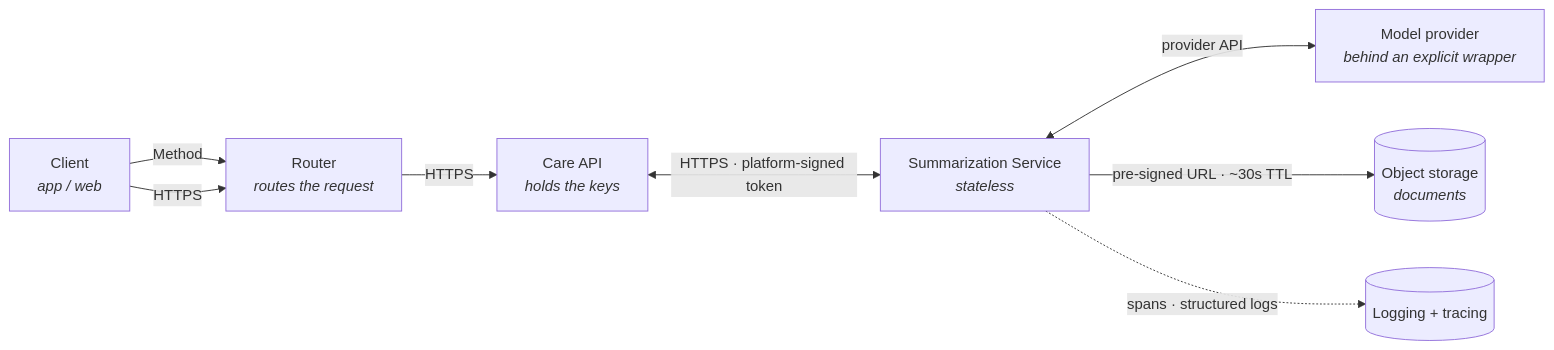
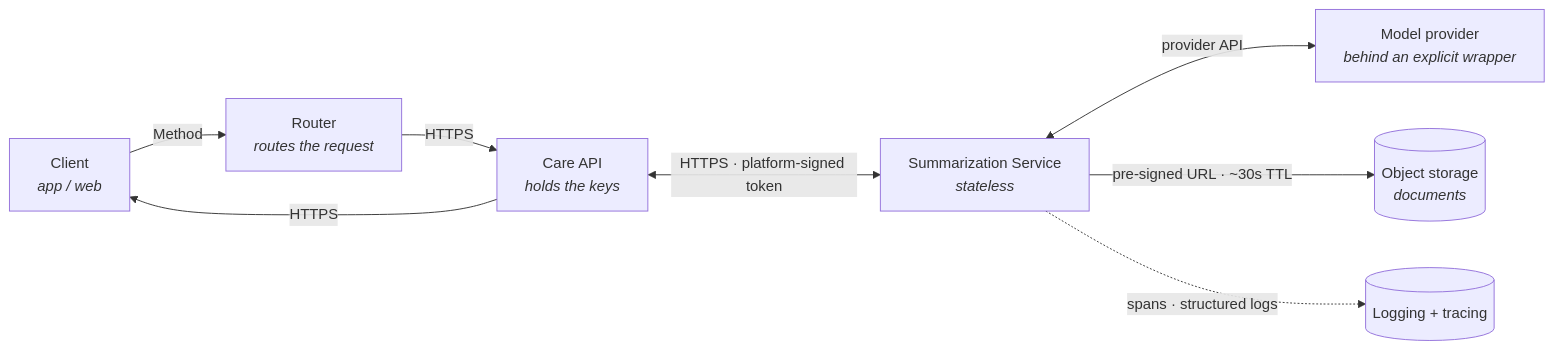
Before and after one commit to p91006/architecture: the diagram in topology.md, drawn with Mermaid.

````diff
--- a/topology.md
+++ b/topology.md
@@ -5,19 +5,19 @@
 ```mermaid
 
 flowchart LR
     C["Client<br/><i>app / web</i>"]
     R["Router<br/><i>routes the request</i>"]
     A["Care API<br/><i>holds the keys</i>"]
     S["Summarization Service<br/><i>stateless</i>"]
     P["Model provider<br/><i>behind an explicit wrapper</i>"]
     G[("Object storage<br/><i>documents</i>")]
     O[("Logging + tracing")]
 
     C -->|"Method"| R
     R -->|"HTTPS"| A
-    C -->|"HTTPS"| R
+    A -->|"HTTPS"| C
     A <-->|"HTTPS · platform-signed token"| S
     S <-->|"provider API"| P
     S -->|"pre-signed URL · ~30s TTL"| G
     S -.->|"spans · structured logs"| O
 ```
````
